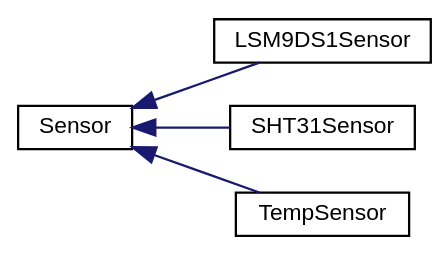
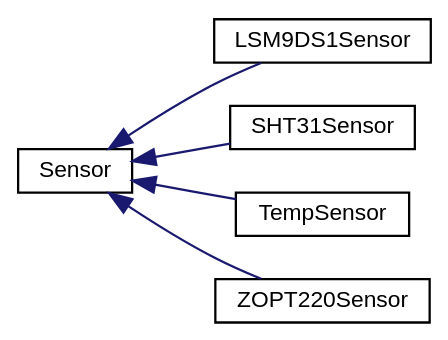
Before and after one commit to ASU-ASCEND/Fall-2024: the diagram in docs/inherit_graph_0.dot, drawn with Graphviz. The commit also changed 94 other files, not shown here.

```diff
--- a/docs/inherit_graph_0.dot
+++ b/docs/inherit_graph_0.dot
@@ -1,16 +1,18 @@
 digraph "Graphical Class Hierarchy"
 {
  // INTERACTIVE_SVG=YES
  // LATEX_PDF_SIZE
   bgcolor="transparent";
   edge [fontname="Helvetica",fontsize="10",labelfontname="Helvetica",labelfontsize="10"];
   node [fontname="Helvetica",fontsize="10",shape=record];
   rankdir="LR";
   Node0 [label="Sensor",height=0.2,width=0.4,color="black",URL="$classSensor.html",tooltip="Parent class for sensor objects."];
   Node0 -> Node1 [dir="back",color="midnightblue",fontsize="10",style="solid",fontname="Helvetica"];
   Node1 [label="LSM9DS1Sensor",height=0.2,width=0.4,color="black",URL="$classLSM9DS1Sensor.html",tooltip=" "];
   Node0 -> Node2 [dir="back",color="midnightblue",fontsize="10",style="solid",fontname="Helvetica"];
   Node2 [label="SHT31Sensor",height=0.2,width=0.4,color="black",URL="$classSHT31Sensor.html",tooltip="Interfaces with SHT31 Sensor to collect temperature and humidity data."];
   Node0 -> Node3 [dir="back",color="midnightblue",fontsize="10",style="solid",fontname="Helvetica"];
   Node3 [label="TempSensor",height=0.2,width=0.4,color="black",URL="$classTempSensor.html",tooltip="Implementation of a Sensor for the onboard temperature sensor."];
+  Node0 -> Node4 [dir="back",color="midnightblue",fontsize="10",style="solid",fontname="Helvetica"];
+  Node4 [label="ZOPT220Sensor",height=0.2,width=0.4,color="black",URL="$classZOPT220Sensor.html",tooltip="A class to interface with the ZOPT220x UV and ambient light sensor."];
 }
```
